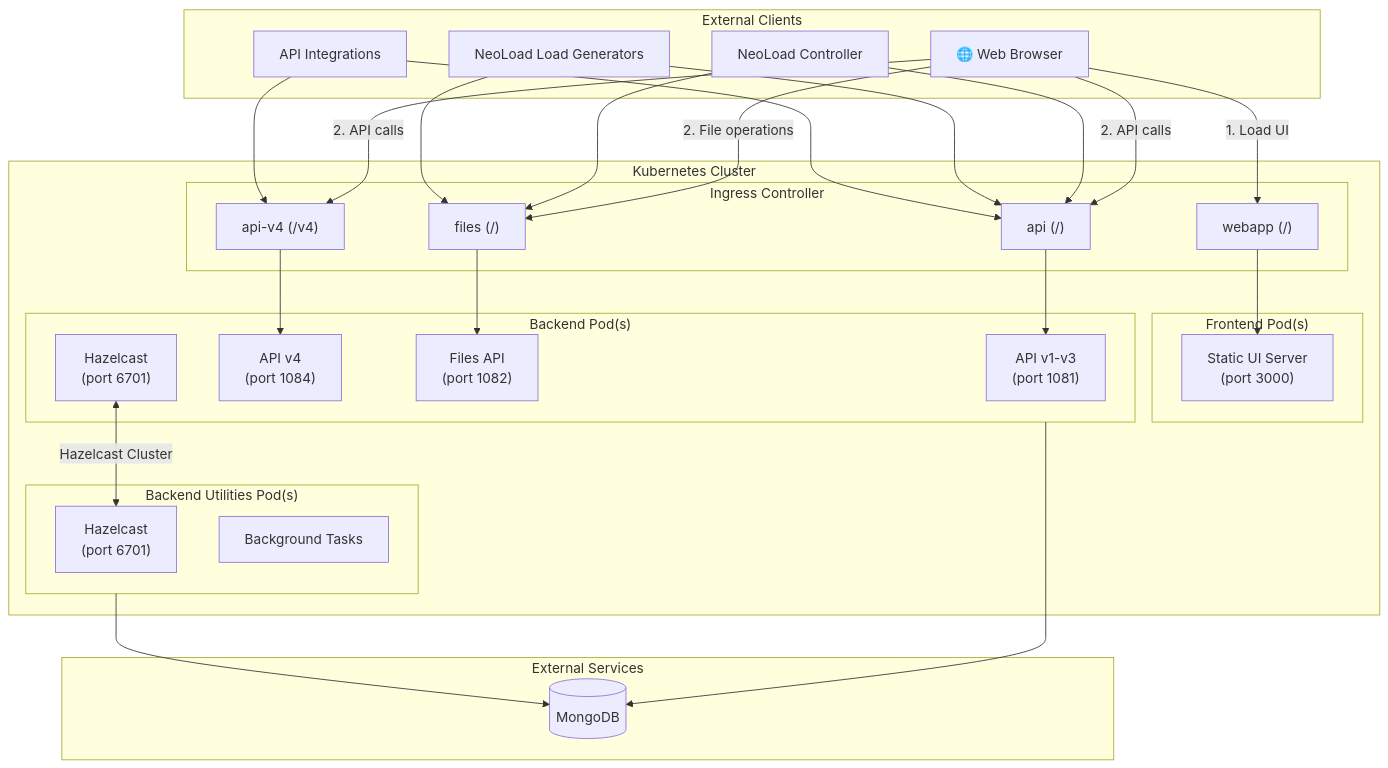
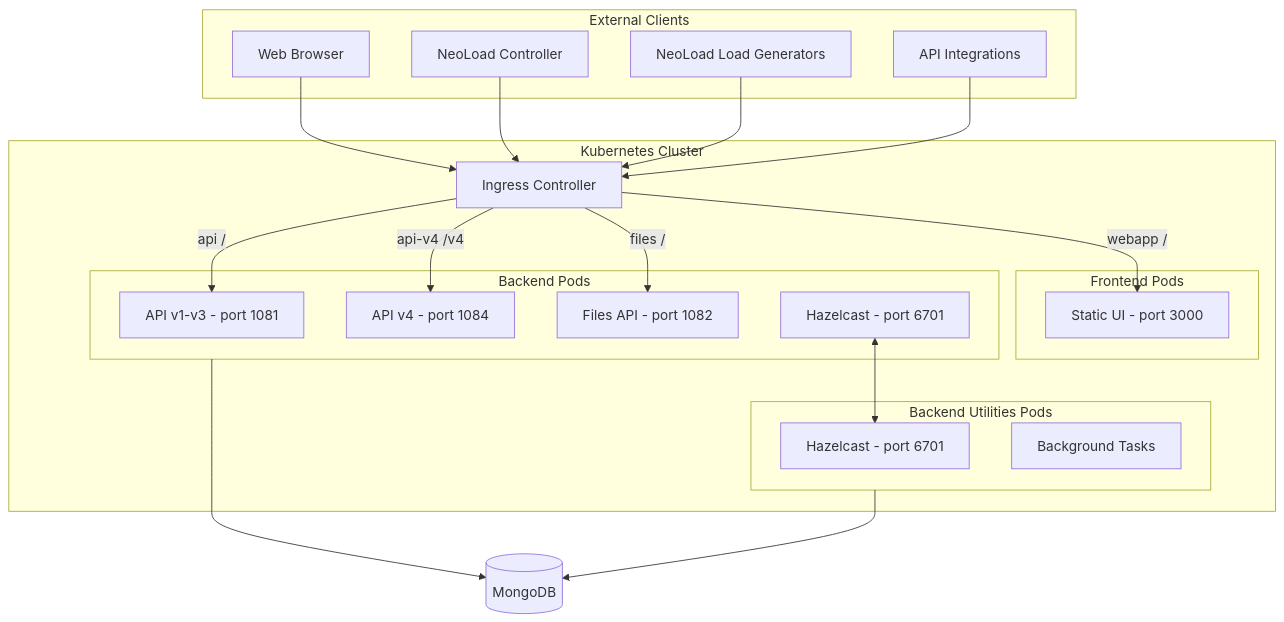
Before and after one commit to Neotys-Labs/helm-neoload-web: the diagram in README.md, drawn with Mermaid.

Commit message:
Update architecture diagram

````diff
--- a/README.md
+++ b/README.md
@@ -202,65 +202,46 @@
 ```mermaid
 flowchart TB
-    subgraph external ["External Clients"]
-        browser["🌐 Web Browser"]
-        controller["NeoLoad Controller"]
-        lg["NeoLoad Load Generators"]
-        apiclients["API Integrations"]
+    subgraph clients [External Clients]
+        browser[Web Browser]
+        controller[NeoLoad Controller]
+        lg[NeoLoad Load Generators]
+        apiclients[API Integrations]
     end
 
-    subgraph cluster ["Kubernetes Cluster"]
-        subgraph ingress ["Ingress Controller"]
-            webapp_ing["webapp (/)"]
-            api_ing["api (/)"]
-            apiv4_ing["api-v4 (/v4)"]
-            files_ing["files (/)"]
+    subgraph k8s [Kubernetes Cluster]
+        ingress[Ingress Controller]
+        
+        subgraph frontend [Frontend Pods]
+            fe[Static UI - port 3000]
         end
 
-        subgraph frontend ["Frontend Pod(s)"]
-            fe["Static UI Server\n(port 3000)"]
+        subgraph backend [Backend Pods]
+            api[API v1-v3 - port 1081]
+            apiv4[API v4 - port 1084]
+            files[Files API - port 1082]
+            hz1[Hazelcast - port 6701]
         end
 
-        subgraph backend ["Backend Pod(s)"]
-            api["API v1-v3\n(port 1081)"]
-            apiv4["API v4\n(port 1084)"]
-            files["Files API\n(port 1082)"]
-            hz1["Hazelcast\n(port 6701)"]
-        end
-
-        subgraph backendutil ["Backend Utilities Pod(s)"]
-            hz2["Hazelcast\n(port 6701)"]
-            tasks["Background Tasks"]
+        subgraph backendutil [Backend Utilities Pods]
+            hz2[Hazelcast - port 6701]
+            tasks[Background Tasks]
         end
     end
 
-    subgraph external_services ["External Services"]
-        mongo[("MongoDB")]
-    end
+    mongo[(MongoDB)]
 
-    %% Browser loads UI then calls APIs
-    browser -->|"1. Load UI"| webapp_ing
-    browser -->|"2. API calls"| api_ing
-    browser -->|"2. API calls"| apiv4_ing
-    browser -->|"2. File operations"| files_ing
+    browser --> ingress
+    controller --> ingress
+    lg --> ingress
+    apiclients --> ingress
 
-    %% Other clients
-    controller --> api_ing
-    controller --> files_ing
-    lg --> api_ing
-    lg --> files_ing
-    apiclients --> api_ing
-    apiclients --> apiv4_ing
+    ingress -->|webapp /| fe
+    ingress -->|api /| api
+    ingress -->|api-v4 /v4| apiv4
+    ingress -->|files /| files
 
-    %% Ingress to services
-    webapp_ing --> fe
-    api_ing --> api
-    apiv4_ing --> apiv4
-    files_ing --> files
+    hz1 <--> hz2
 
-    %% Hazelcast cluster
-    hz1 <-->|"Hazelcast Cluster"| hz2
-
-    %% MongoDB connections
     backend --> mongo
     backendutil --> mongo
 ```
````
